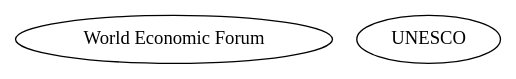
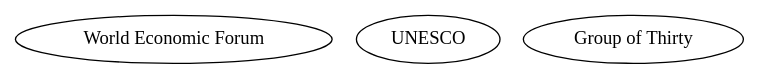
Before and after one commit to tnotstar/tnotdata: the diagram in interchullos/global.gv, drawn with Graphviz.

Commit message:
added the `g30` organisation

```diff
--- a/interchullos/global.gv
+++ b/interchullos/global.gv
@@ -1,14 +1,18 @@
 // Copyright 2022, Antonio Alvarado Hernández
 
 graph global {
     subgraph organizations {
         wef1 [
             label="World Economic Forum",
             link="https://www.weforum.org",
         ];
         unesco1 [
             label="UNESCO",
             link="https://www.unesco.org",
         ];
+        g30 [
+            label="Group of Thirty",
+            link="https://www.group30.org",
+        ];
     };
 }
```
